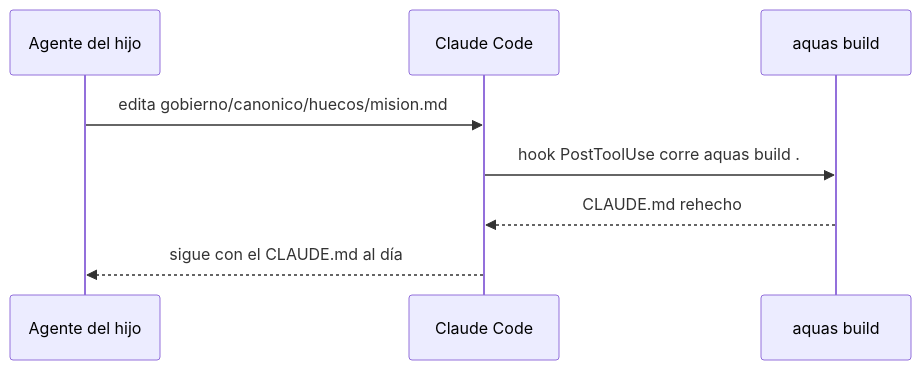
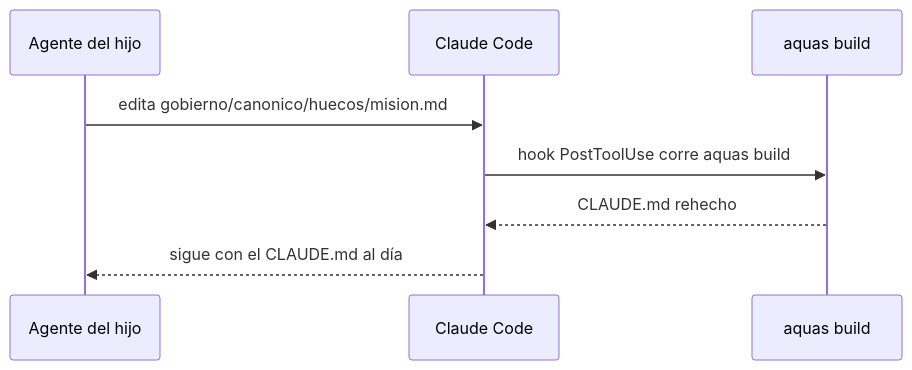
The diagram in docs/E002/F002/S006.md (jliberal-aquas/aquas-central-harness-government), drawn with Mermaid before and after one commit. The commit also changed other lines of this file and 6 other files, not shown here.

First line of the commit message:
S006: el hook del hijo corre en bash con CLAUDE_PROJECT_DIR y build sale 2 al fallar

````diff
--- a/docs/E002/F002/S006.md
+++ b/docs/E002/F002/S006.md
@@ -66,10 +66,10 @@
 ```mermaid
 sequenceDiagram
     participant A as Agente del hijo
     participant C as Claude Code
     participant B as aquas build
     A->>C: edita gobierno/canonico/huecos/mision.md
-    C->>B: hook PostToolUse corre aquas build .
+    C->>B: hook PostToolUse corre aquas build
     B-->>C: CLAUDE.md rehecho
     C-->>A: sigue con el CLAUDE.md al día
 ```
````
